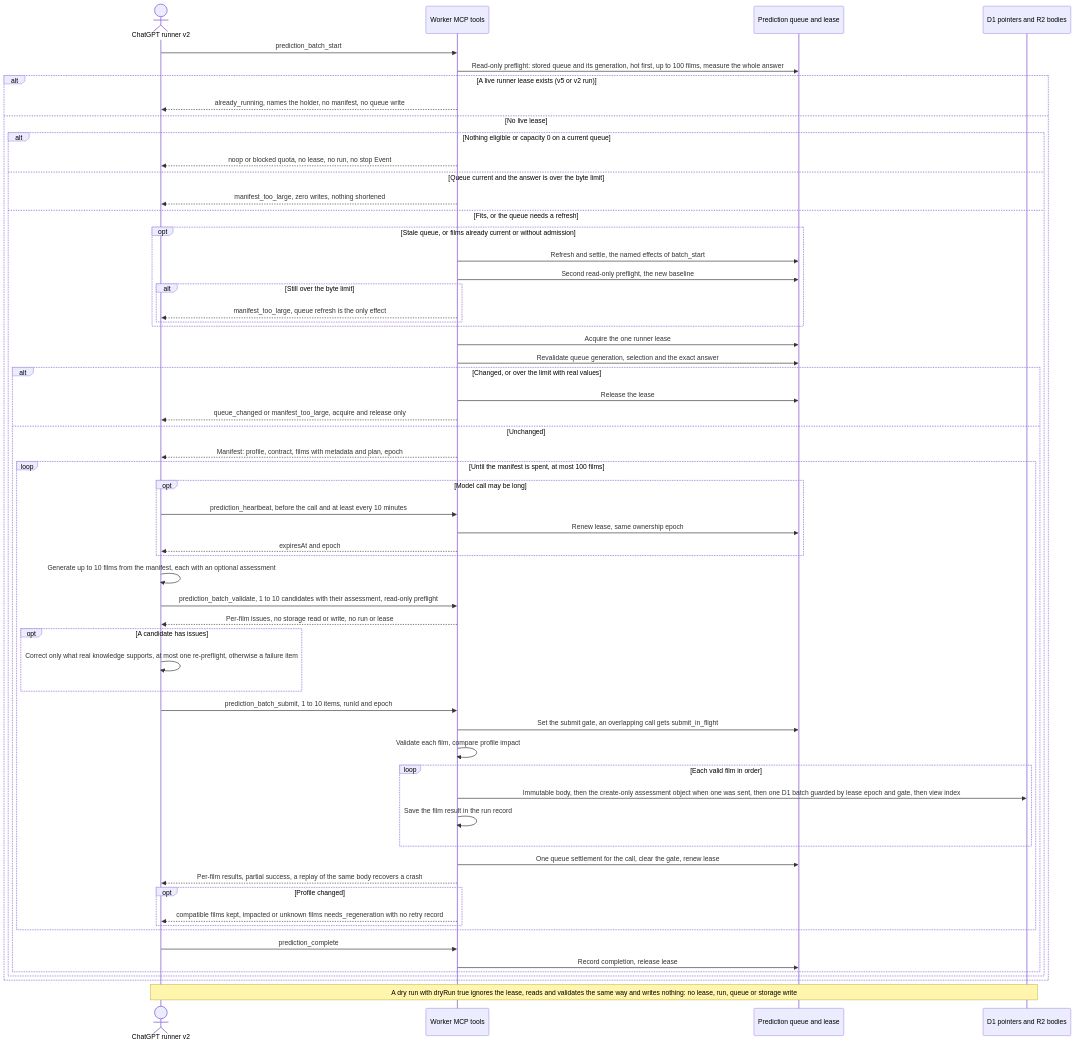
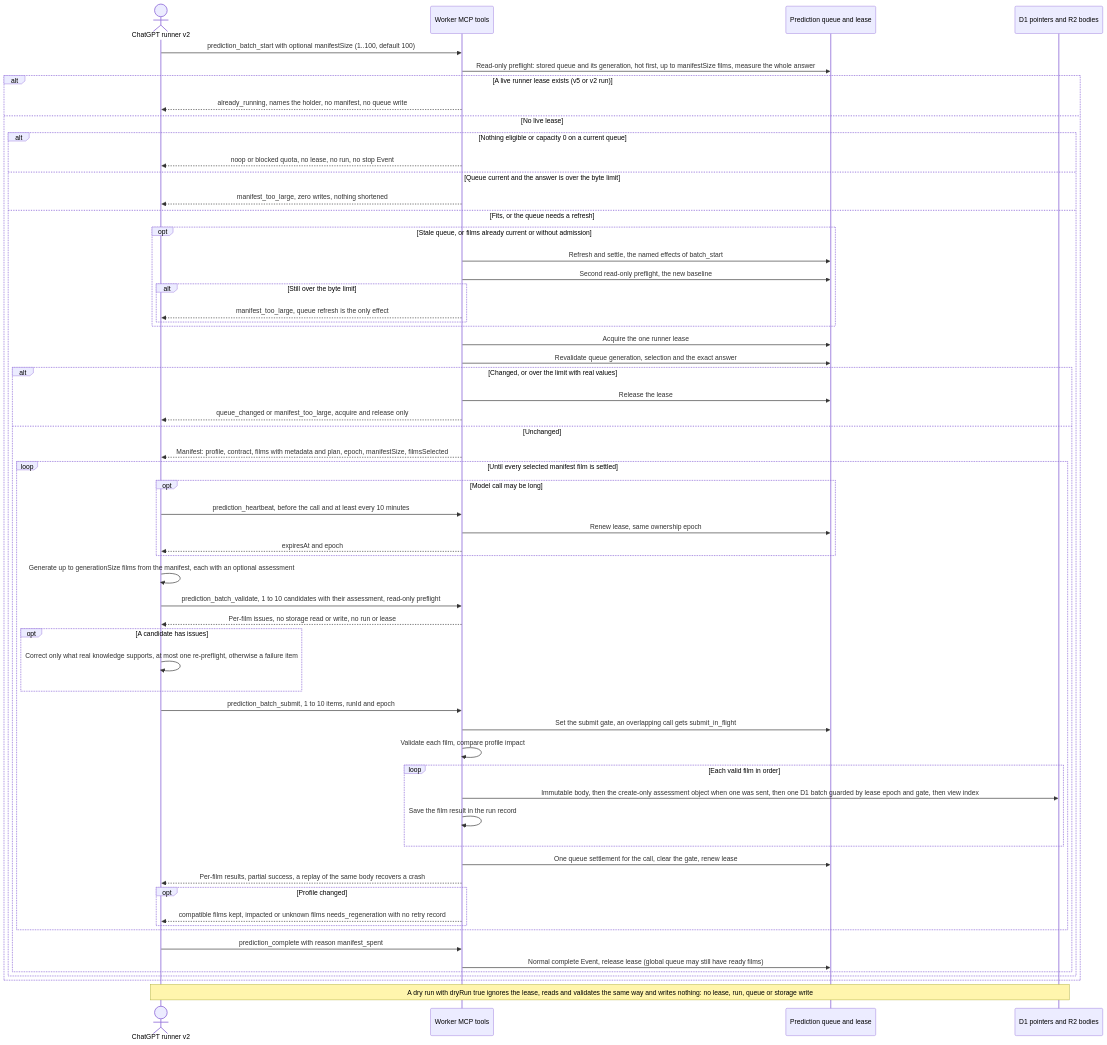
The second of 3 diagrams in docs/architecture/prediction-pipeline.md (vladimino/iptv-watchlist), drawn with Mermaid before and after one commit. The commit also changed other lines of this file and 18 other files, not shown here.

First line of the commit message:
AIR-463: client manifestSize on batch_start and normal manifest_spent complete

````diff
--- a/docs/architecture/prediction-pipeline.md
+++ b/docs/architecture/prediction-pipeline.md
@@ -68,62 +68,62 @@
 ```mermaid
 sequenceDiagram
     actor Client as ChatGPT runner v2
     participant MCP as Worker MCP tools
     participant Queue as Prediction queue and lease
     participant Store as D1 pointers and R2 bodies
-    Client->>MCP: prediction_batch_start
-    MCP->>Queue: Read-only preflight: stored queue and its generation, hot first, up to 100 films, measure the whole answer
+    Client->>MCP: prediction_batch_start with optional manifestSize (1..100, default 100)
+    MCP->>Queue: Read-only preflight: stored queue and its generation, hot first, up to manifestSize films, measure the whole answer
     alt A live runner lease exists (v5 or v2 run)
         MCP-->>Client: already_running, names the holder, no manifest, no queue write
     else No live lease
         alt Nothing eligible or capacity 0 on a current queue
             MCP-->>Client: noop or blocked quota, no lease, no run, no stop Event
         else Queue current and the answer is over the byte limit
             MCP-->>Client: manifest_too_large, zero writes, nothing shortened
         else Fits, or the queue needs a refresh
             opt Stale queue, or films already current or without admission
                 MCP->>Queue: Refresh and settle, the named effects of batch_start
                 MCP->>Queue: Second read-only preflight, the new baseline
                 alt Still over the byte limit
                     MCP-->>Client: manifest_too_large, queue refresh is the only effect
                 end
             end
             MCP->>Queue: Acquire the one runner lease
             MCP->>Queue: Revalidate queue generation, selection and the exact answer
             alt Changed, or over the limit with real values
                 MCP->>Queue: Release the lease
                 MCP-->>Client: queue_changed or manifest_too_large, acquire and release only
             else Unchanged
-                MCP-->>Client: Manifest: profile, contract, films with metadata and plan, epoch
-                loop Until the manifest is spent, at most 100 films
+                MCP-->>Client: Manifest: profile, contract, films with metadata and plan, epoch, manifestSize, filmsSelected
+                loop Until every selected manifest film is settled
                     opt Model call may be long
                         Client->>MCP: prediction_heartbeat, before the call and at least every 10 minutes
                         MCP->>Queue: Renew lease, same ownership epoch
                         MCP-->>Client: expiresAt and epoch
                     end
-                    Client->>Client: Generate up to 10 films from the manifest, each with an optional assessment
+                    Client->>Client: Generate up to generationSize films from the manifest, each with an optional assessment
                     Client->>MCP: prediction_batch_validate, 1 to 10 candidates with their assessment, read-only preflight
                     MCP-->>Client: Per-film issues, no storage read or write, no run or lease
                     opt A candidate has issues
                         Client->>Client: Correct only what real knowledge supports, at most one re-preflight, otherwise a failure item
                     end
                     Client->>MCP: prediction_batch_submit, 1 to 10 items, runId and epoch
                     MCP->>Queue: Set the submit gate, an overlapping call gets submit_in_flight
                     MCP->>MCP: Validate each film, compare profile impact
                     loop Each valid film in order
                         MCP->>Store: Immutable body, then the create-only assessment object when one was sent, then one D1 batch guarded by lease epoch and gate, then view index
                         MCP->>MCP: Save the film result in the run record
                     end
                     MCP->>Queue: One queue settlement for the call, clear the gate, renew lease
                     MCP-->>Client: Per-film results, partial success, a replay of the same body recovers a crash
                     opt Profile changed
                         MCP-->>Client: compatible films kept, impacted or unknown films needs_regeneration with no retry record
                     end
                 end
-                Client->>MCP: prediction_complete
-                MCP->>Queue: Record completion, release lease
+                Client->>MCP: prediction_complete with reason manifest_spent
+                MCP->>Queue: Normal complete Event, release lease (global queue may still have ready films)
             end
         end
     end
     Note over Client,Store: A dry run with dryRun true ignores the lease, reads and validates the same way and writes nothing: no lease, run, queue or storage write
 ```
````
